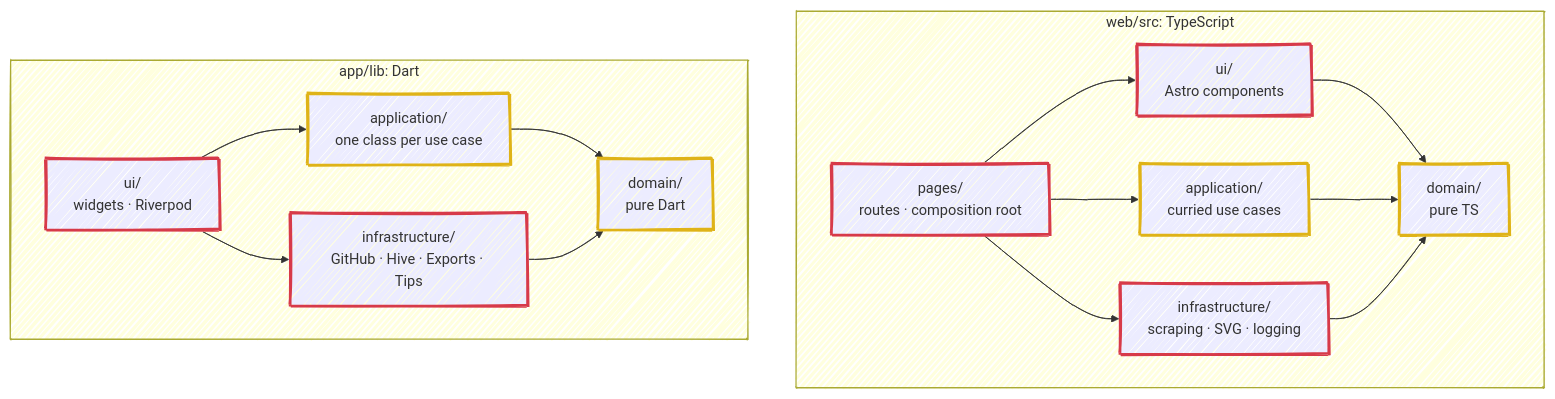
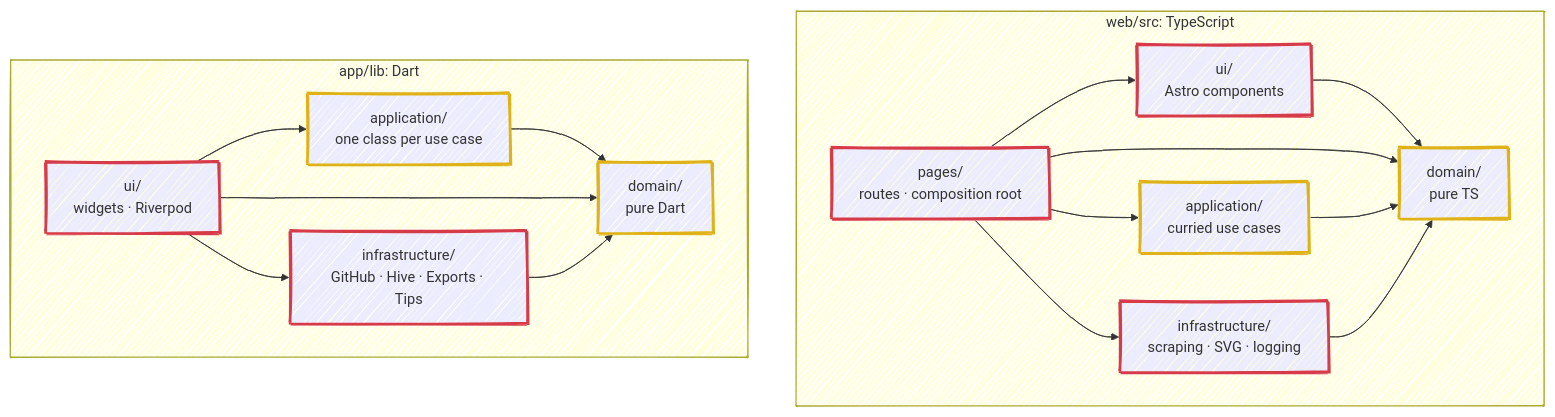
One commit to fbuireu/contribKit changed the second of 2 diagrams in ARCHITECTURE.md. Above: the diagram before and after it, drawn with Mermaid. The commit also changed 8 other files, not shown here.

First line of the commit message:
docs: draw the layer map, CI, hook, middleware and cache diagrams as the code has them

````diff
--- a/ARCHITECTURE.md
+++ b/ARCHITECTURE.md
@@ -72,28 +72,30 @@
 ```mermaid
 ---
 config:
   look: handDrawn
   layout: dagre
 ---
 flowchart TD
     subgraph W["web/src: TypeScript"]
         wpages["pages/<br/>routes · composition root"] --> wui["ui/<br/>Astro components"]
         wpages --> wapp["application/<br/>curried use cases"]
         wpages --> winfra["infrastructure/<br/>scraping · SVG · logging"]
         wui --> wdom["domain/<br/>pure TS"]
+        wpages --> wdom
         wapp --> wdom
         winfra --> wdom
     end
 
     subgraph A["app/lib: Dart"]
         aui["ui/<br/>widgets · Riverpod"] --> aapp["application/<br/>one class per use case"]
         aui --> ainfra["infrastructure/<br/>GitHub · Hive · Exports · Tips"]
         aapp --> adom["domain/<br/>pure Dart"]
+        aui --> adom
         ainfra --> adom
     end
 
     classDef pure stroke:#dfb317,stroke-width:3px
     classDef shell stroke:#d73a49,stroke-width:3px
     class wdom,wapp,adom,aapp pure
     class wpages,wui,winfra,aui,ainfra shell
 ```
````
